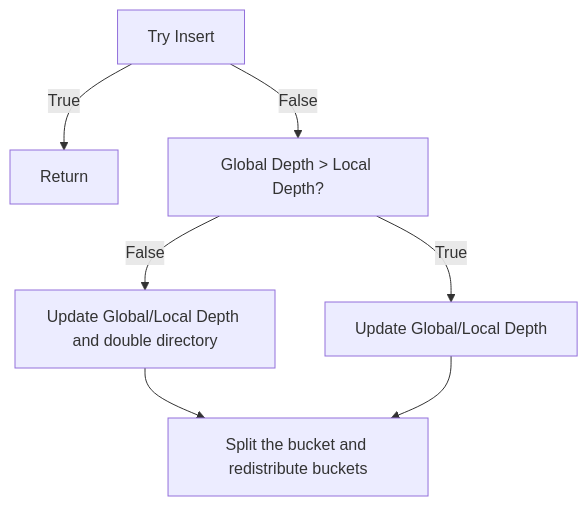
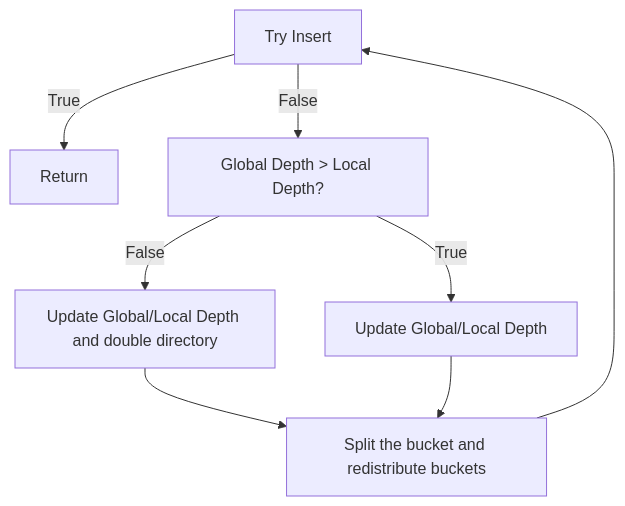
The first of 4 diagrams in cmu15445/notes/p1.md (yzhuang52/cs-notes), drawn with Mermaid before and after one commit. The commit also changed other lines of this file and 2 other files, not shown here.

````diff
--- a/cmu15445/notes/p1.md
+++ b/cmu15445/notes/p1.md
@@ -10,15 +10,16 @@
 ```mermaid
 flowchart TD
     line0["Try Insert"]
     line1["Return"]
     line2["Global Depth > Local Depth? "]
     line3["Update Global/Local Depth and double directory"]
     line4["Update Global/Local Depth"]
     line5["Split the bucket and redistribute buckets"]
     line0 --True-->line1
     line0 --False-->line2
     line2 --True-->line4
     line2 --False-->line3
     line3 --> line5
     line4 --> line5
+    line5 --> line0
 ```
````
